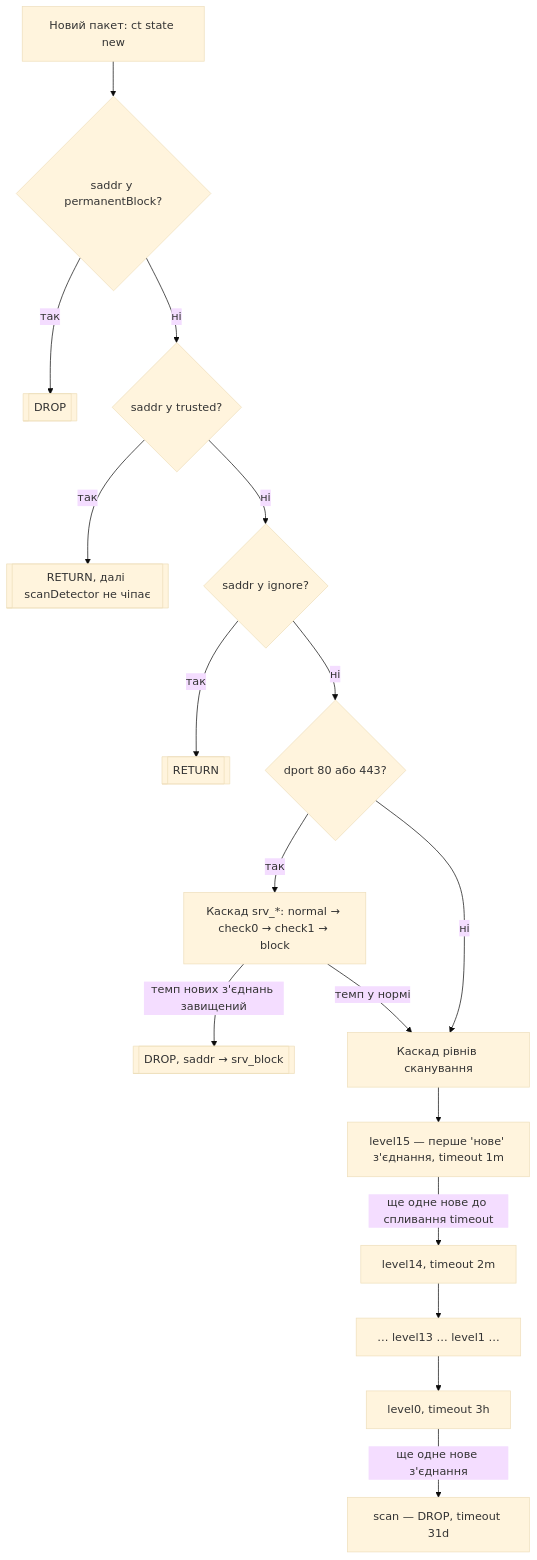
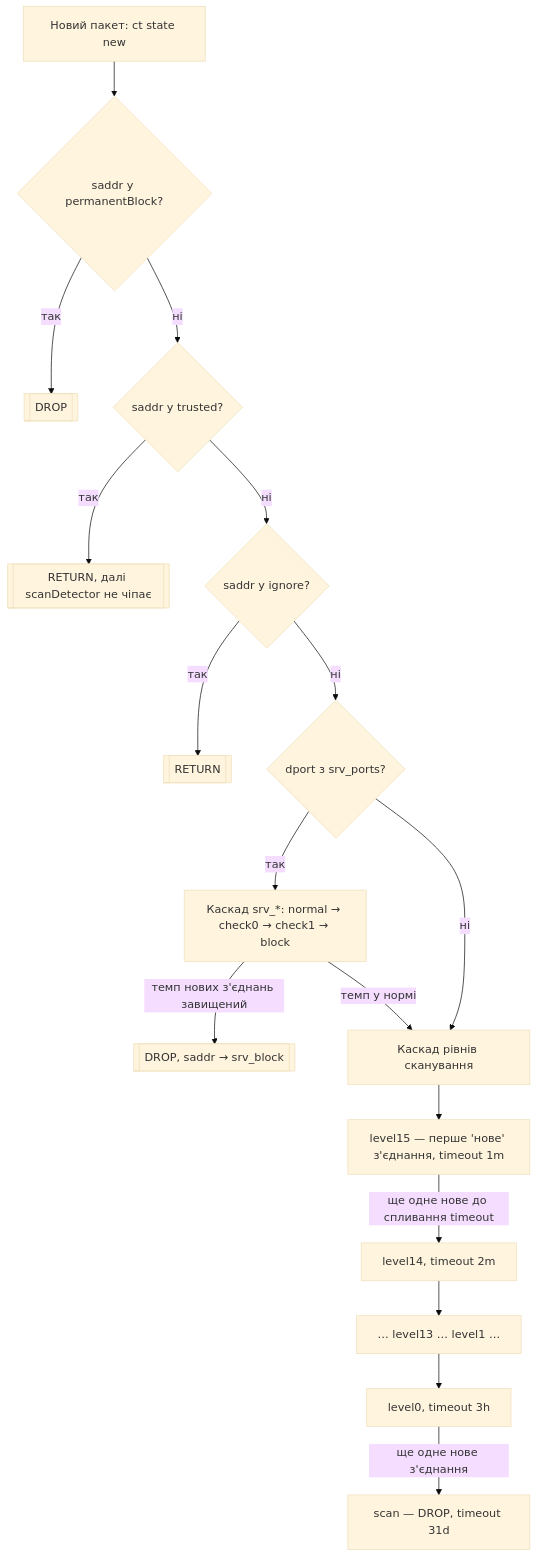
Before and after one commit to oldengremlin/scan-detector: the diagram in README.md, drawn with Mermaid (base theme). The commit also changed other lines of this file and 2 other files, not shown here.

````diff
--- a/README.md
+++ b/README.md
@@ -69,21 +69,21 @@
 ```mermaid
 flowchart TD
     A[Новий пакет: ct state new] --> B{saddr у permanentBlock?}
     B -- так --> D1[[DROP]]
     B -- ні --> C{saddr у trusted?}
     C -- так --> R1[[RETURN, далі scanDetector не чіпає]]
     C -- ні --> E{saddr у ignore?}
     E -- так --> R2[[RETURN]]
-    E -- ні --> F{dport 80 або 443?}
+    E -- ні --> F{dport з srv_ports?}
 
     F -- так --> G[Каскад srv_*: normal → check0 → check1 → block]
     G -->|темп нових з'єднань завищений| D2[[DROP, saddr → srv_block]]
     G -->|темп у нормі| H
 
     F -- ні --> H[Каскад рівнів сканування]
     H --> L15["level15 — перше 'нове' з'єднання, timeout 1m"]
     L15 -->|ще одне нове до спливання timeout| L14["level14, timeout 2m"]
     L14 --> LDOTS["… level13 … level1 …"]
     LDOTS --> L0["level0, timeout 3h"]
     L0 -->|ще одне нове з'єднання| SCAN["scan — DROP, timeout 31d"]
 ```
````
